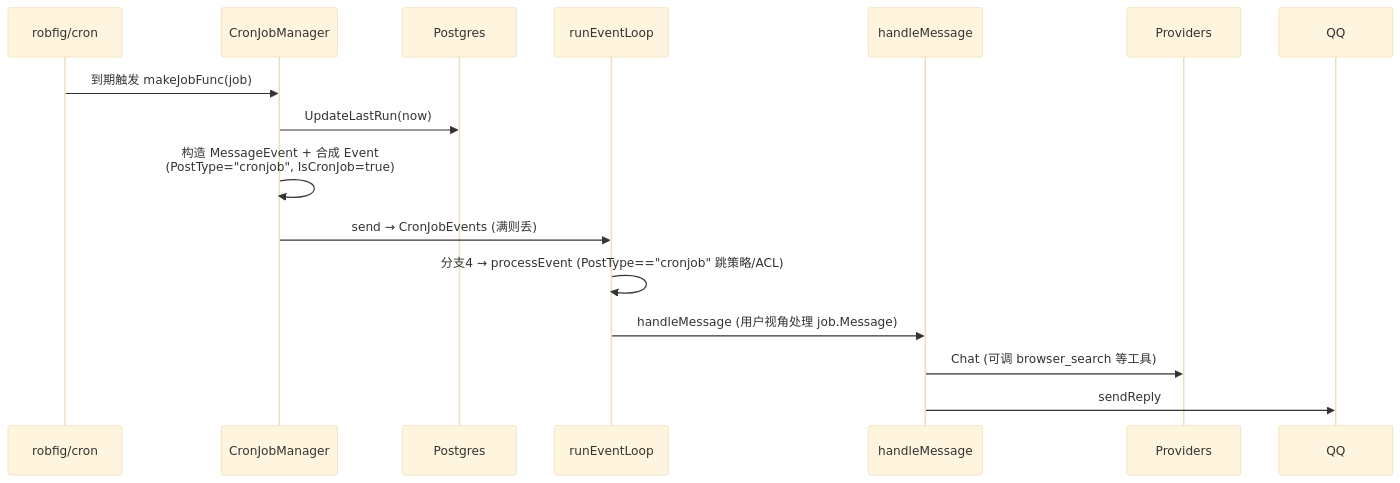
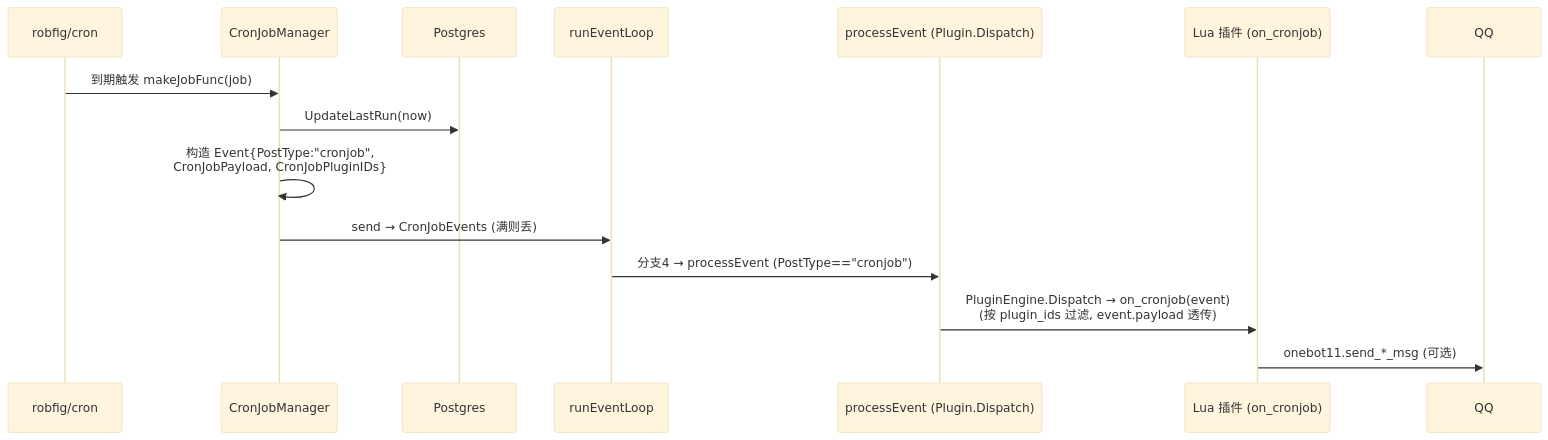
The ninth of 14 diagrams in docs/project-details.md (JuanNiangDev/JuanNiang-Neo), drawn with Mermaid (base theme) before and after one commit. The commit also changed other lines of this file and 10 other files, not shown here.

````diff
--- a/docs/project-details.md
+++ b/docs/project-details.md
@@ -544,19 +550,18 @@
 ```mermaid
 sequenceDiagram
   participant Cron as robfig/cron
   participant Mgr as CronJobManager
   participant DB as Postgres
   participant EL as runEventLoop
-  participant HM as handleMessage
-  participant LLM as Providers
+  participant PE as processEvent (Plugin.Dispatch)
+  participant Plugin as Lua 插件 (on_cronjob)
   participant QQ as QQ
 
   Cron->>Mgr: 到期触发 makeJobFunc(job)
   Mgr->>DB: UpdateLastRun(now)
-  Mgr->>Mgr: 构造 MessageEvent + 合成 Event<br/>(PostType="cronjob", IsCronJob=true)
+  Mgr->>Mgr: 构造 Event{PostType:"cronjob",<br/>CronJobPayload, CronJobPluginIDs}
   Mgr->>EL: send → CronJobEvents (满则丢)
-  EL->>EL: 分支4 → processEvent (PostType=="cronjob" 跳策略/ACL)
-  EL->>HM: handleMessage (用户视角处理 job.Message)
-  HM->>LLM: Chat (可调 browser_search 等工具)
-  HM->>QQ: sendReply
+  EL->>PE: 分支4 → processEvent (PostType=="cronjob")
+  PE->>Plugin: PluginEngine.Dispatch → on_cronjob(event)<br/>(按 plugin_ids 过滤, event.payload 透传)
+  Plugin->>QQ: onebot11.send_*_msg (可选)
 ```
````
